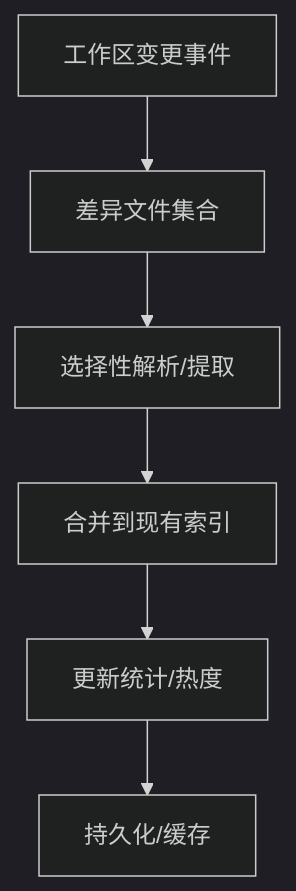
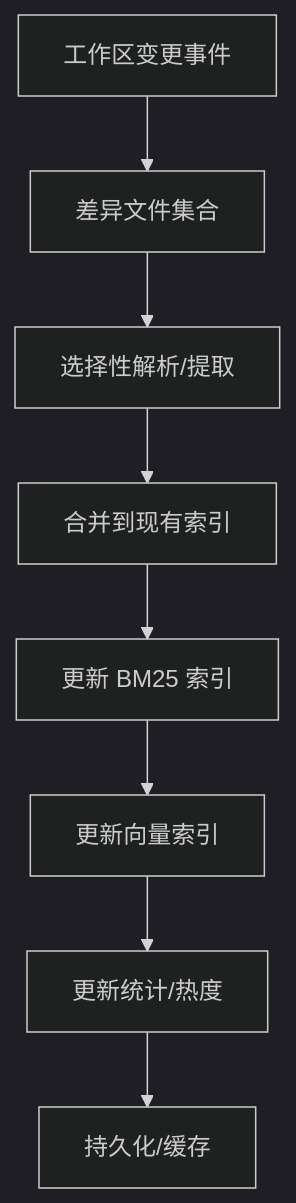
The seventh of 9 diagrams in .qoder/repowiki/zh/content/架构设计/代码库智能架构/代码库智能架构.md (sofate798/KodrixCode), drawn with Mermaid (dark theme) before and after one commit. The commit also changed other lines of this file and 4 other files, not shown here.

````diff
--- a/.qoder/repowiki/zh/content/架构设计/代码库智能架构/代码库智能架构.md
+++ b/.qoder/repowiki/zh/content/架构设计/代码库智能架构/代码库智能架构.md
@@ -246,8 +303,10 @@
 ```mermaid
 flowchart TD
 A["工作区变更事件"] --> B["差异文件集合"]
 B --> C["选择性解析/提取"]
 C --> D["合并到现有索引"]
-D --> E["更新统计/热度"]
+D --> BM25Update["更新 BM25 索引"]
+BM25Update --> VectorUpdate["更新向量索引"]
+VectorUpdate --> E["更新统计/热度"]
 E --> F["持久化/缓存"]
 ```
````
